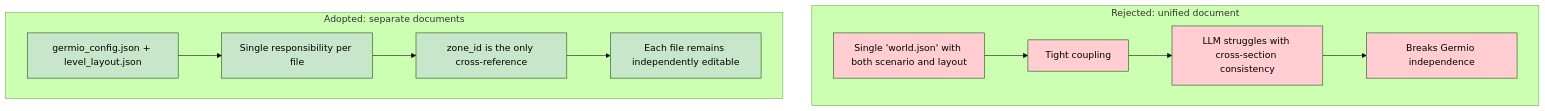
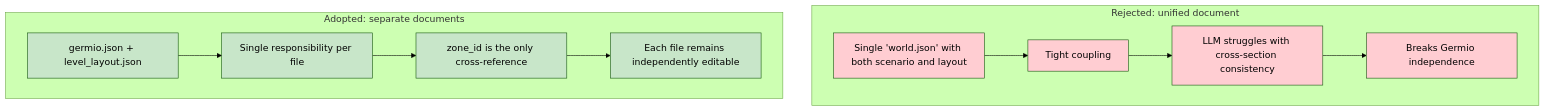
One commit to hiroxpepe/briko changed diagram 12 of 39 in docs/briko_spec.md. Above: the diagram before and after it, drawn with Mermaid (forest theme). The commit also changed other lines of this file and 2 other files, not shown here.

````diff
--- a/docs/briko_spec.md
+++ b/docs/briko_spec.md
@@ -370,25 +370,25 @@
 ```mermaid
 graph TB
     subgraph "Rejected: unified document"
         U1["Single 'world.json' with both scenario and layout"]
         U1 --> U2[Tight coupling]
         U2 --> U3[LLM struggles with cross-section consistency]
         U3 --> U4[Breaks Germio independence]
     end
 
     subgraph "Adopted: separate documents"
-        S1["germio_config.json + level_layout.json"]
+        S1["germio.json + level_layout.json"]
         S1 --> S2[Single responsibility per file]
         S2 --> S3[zone_id is the only cross-reference]
         S3 --> S4[Each file remains independently editable]
     end
 
     style U1 fill:#ffcdd2
     style U2 fill:#ffcdd2
     style U3 fill:#ffcdd2
     style U4 fill:#ffcdd2
     style S1 fill:#c8e6c9
     style S2 fill:#c8e6c9
     style S3 fill:#c8e6c9
     style S4 fill:#c8e6c9
 ```
````
